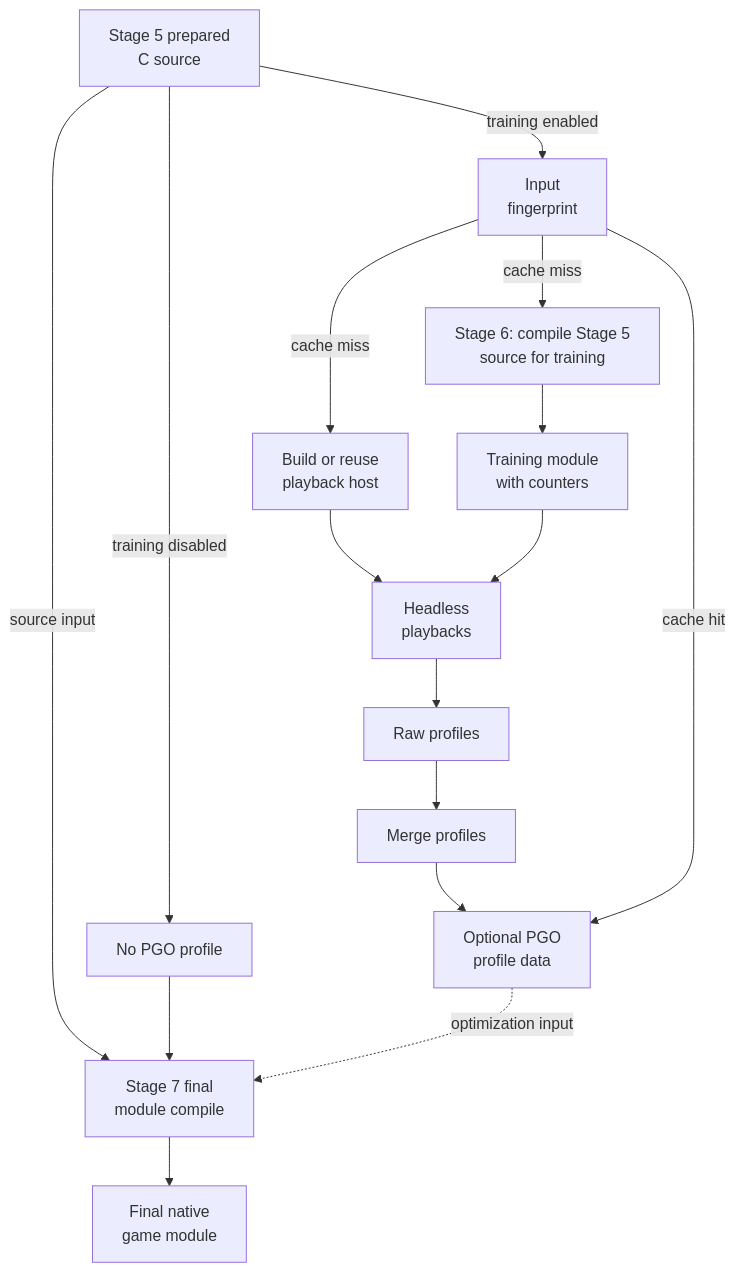
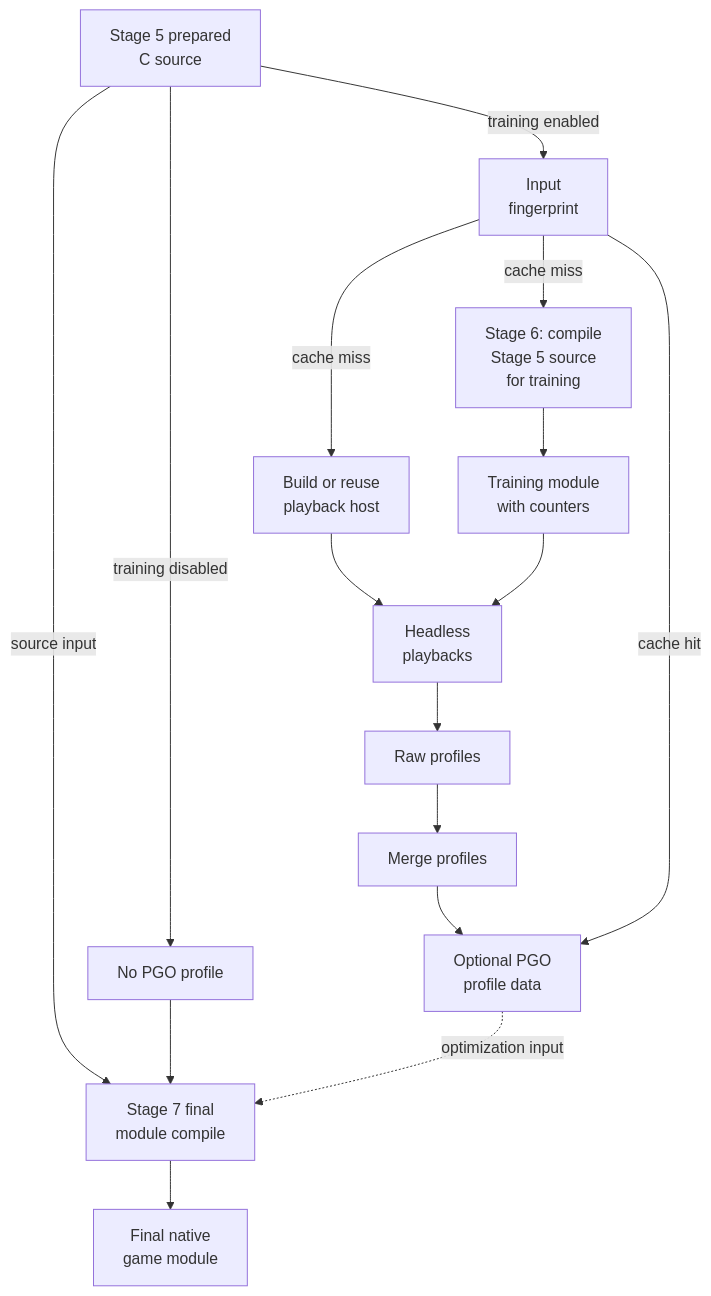
One commit to Aelbannan/boat_of_daphnes changed the ninth of 10 diagrams in docs/architecture/Build.md. Above: the diagram before and after it, drawn with Mermaid. The commit also changed other lines of this file and 7 other files, not shown here.

Commit message:
Wrap Mermaid diagram labels

````diff
--- a/docs/architecture/Build.md
+++ b/docs/architecture/Build.md
@@ -505,25 +505,25 @@
 ```mermaid
 flowchart TD
     Prepared["Stage 5 prepared<br/>C source"]
     Fingerprint["Input<br/>fingerprint"]
     Host["Build or reuse<br/>playback host"]
-    Compile["Stage 6: compile Stage 5<br/>source for training"]
+    Compile["Stage 6: compile<br/>Stage 5 source<br/>for training"]
     Instrumented["Training module<br/>with counters"]
     Playback["Headless<br/>playbacks"]
     Raw["Raw profiles"]
     Merge["Merge profiles"]
     Profile["Optional PGO<br/>profile data"]
     Disabled["No PGO profile"]
     Final["Stage 7 final<br/>module compile"]
     Module["Final native<br/>game module"]
 
     Prepared -->|training enabled| Fingerprint
     Fingerprint -->|cache miss| Host --> Playback
     Fingerprint -->|cache miss| Compile --> Instrumented --> Playback
     Playback --> Raw --> Merge --> Profile
     Fingerprint -->|cache hit| Profile
     Prepared -->|source input| Final
     Prepared -->|training disabled| Disabled --> Final
     Profile -. "optimization input" .-> Final
     Final --> Module
 ```
````
